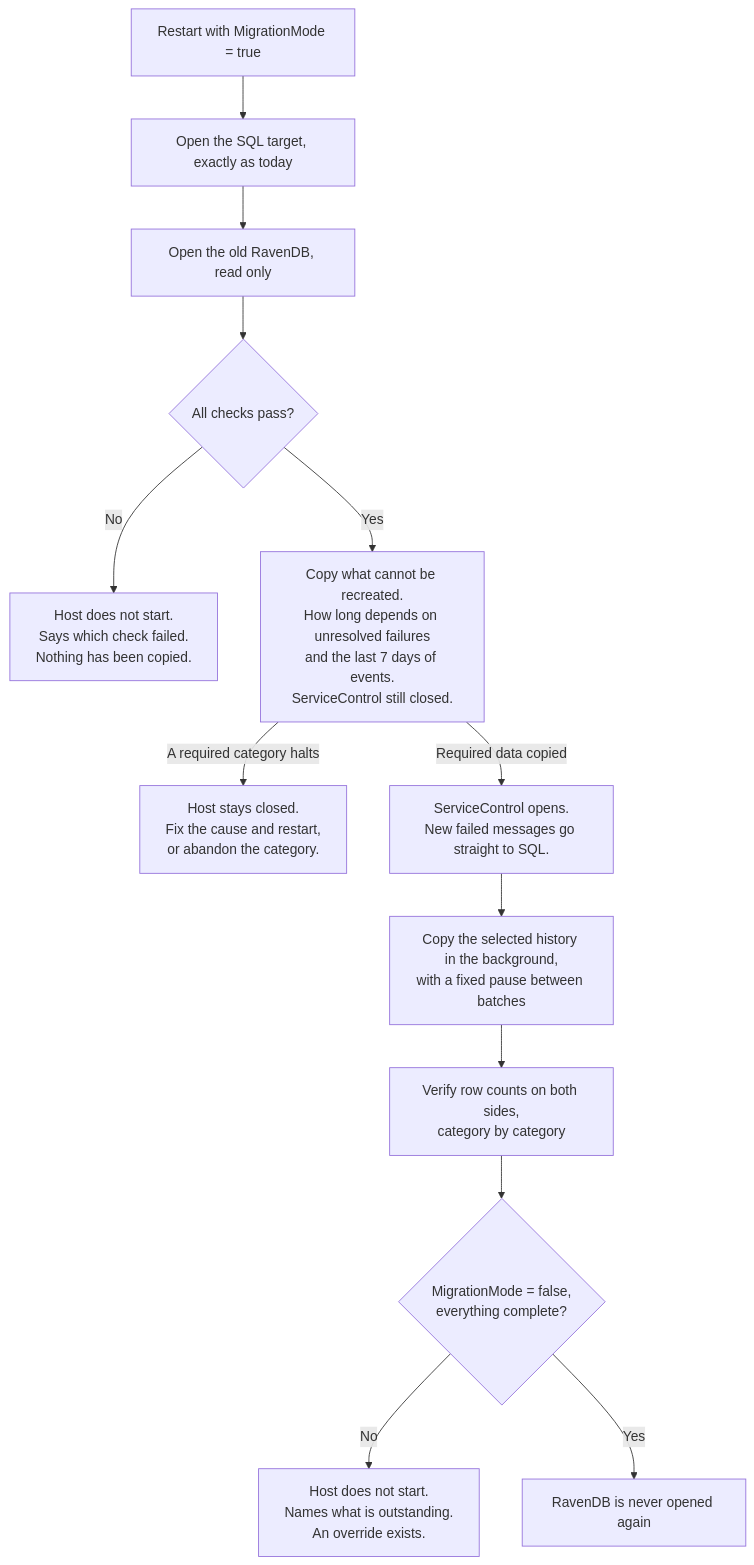
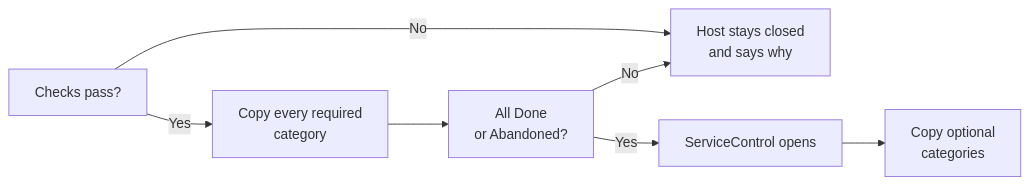
One commit to Particular/ServiceControl changed the fourth of 5 diagrams in docs/migration/ravendb-to-sql-migration-overview.md. Above: the diagram before and after it, drawn with Mermaid. The commit also changed other lines of this file and 148 other files, not shown here.

First line of the commit message:
[Migration Engine Part 2] Add a migration checkpoint table to SQL Server and PostgreSQL (#5897)

````diff
--- a/docs/migration/ravendb-to-sql-migration-overview.md
+++ b/docs/migration/ravendb-to-sql-migration-overview.md
@@ -124,15 +249,9 @@
 ```mermaid
-flowchart TB
-    A["Restart with MigrationMode = true"] --> B["Open the SQL target, exactly as today"]
-    B --> C["Open the old RavenDB, read only"]
-    C --> D{"All checks pass?"}
-    D -->|"No"| E["Host does not start.<br/>Says which check failed.<br/>Nothing has been copied."]
-    D -->|"Yes"| F["Copy what cannot be recreated.<br/>How long depends on unresolved failures<br/>and the last 7 days of events.<br/>ServiceControl still closed."]
-    F -->|"A required category halts"| M["Host stays closed.<br/>Fix the cause and restart,<br/>or abandon the category."]
-    F -->|"Required data copied"| G["ServiceControl opens.<br/>New failed messages go straight to SQL."]
-    G --> H["Copy the selected history in the background,<br/>with a fixed pause between batches"]
-    H --> I["Verify row counts on both sides,<br/>category by category"]
-    I --> J{"MigrationMode = false,<br/>everything complete?"}
-    J -->|"No"| K["Host does not start.<br/>Names what is outstanding.<br/>An override exists."]
-    J -->|"Yes"| L["RavenDB is never opened again"]
+flowchart LR
+    A["Checks pass?"] -->|No| X["Host stays closed<br/>and says why"]
+    A -->|Yes| B["Copy every required<br/>category"]
+    B --> C["All Done<br/>or Abandoned?"]
+    C -->|No| X
+    C -->|Yes| D["ServiceControl opens"]
+    D --> E["Copy optional<br/>categories"]
 ```
````
